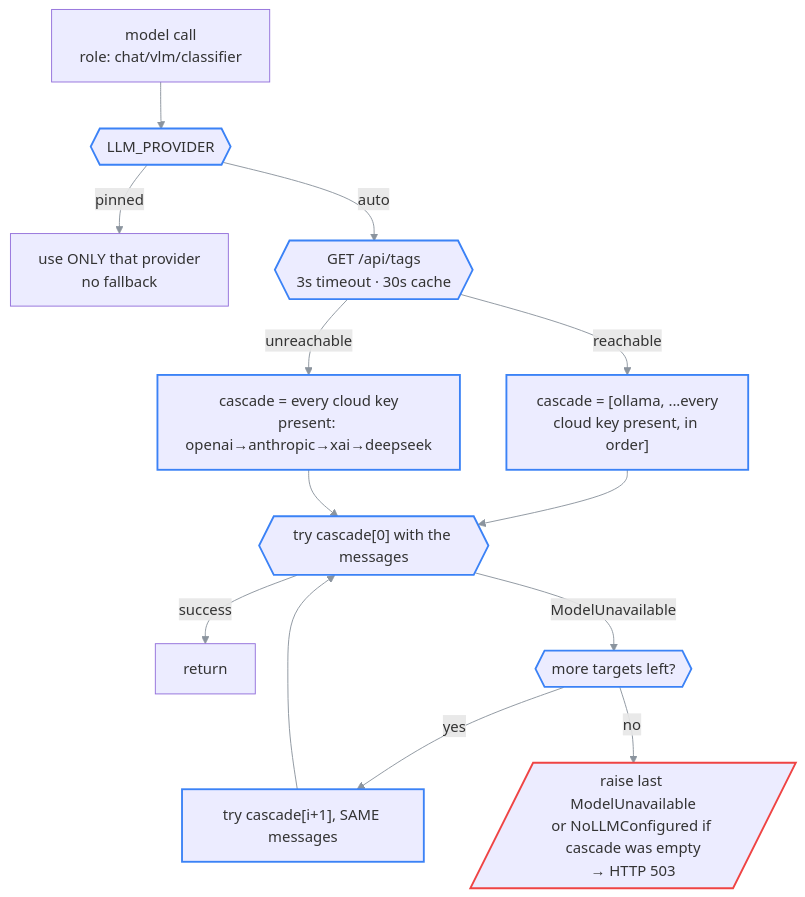
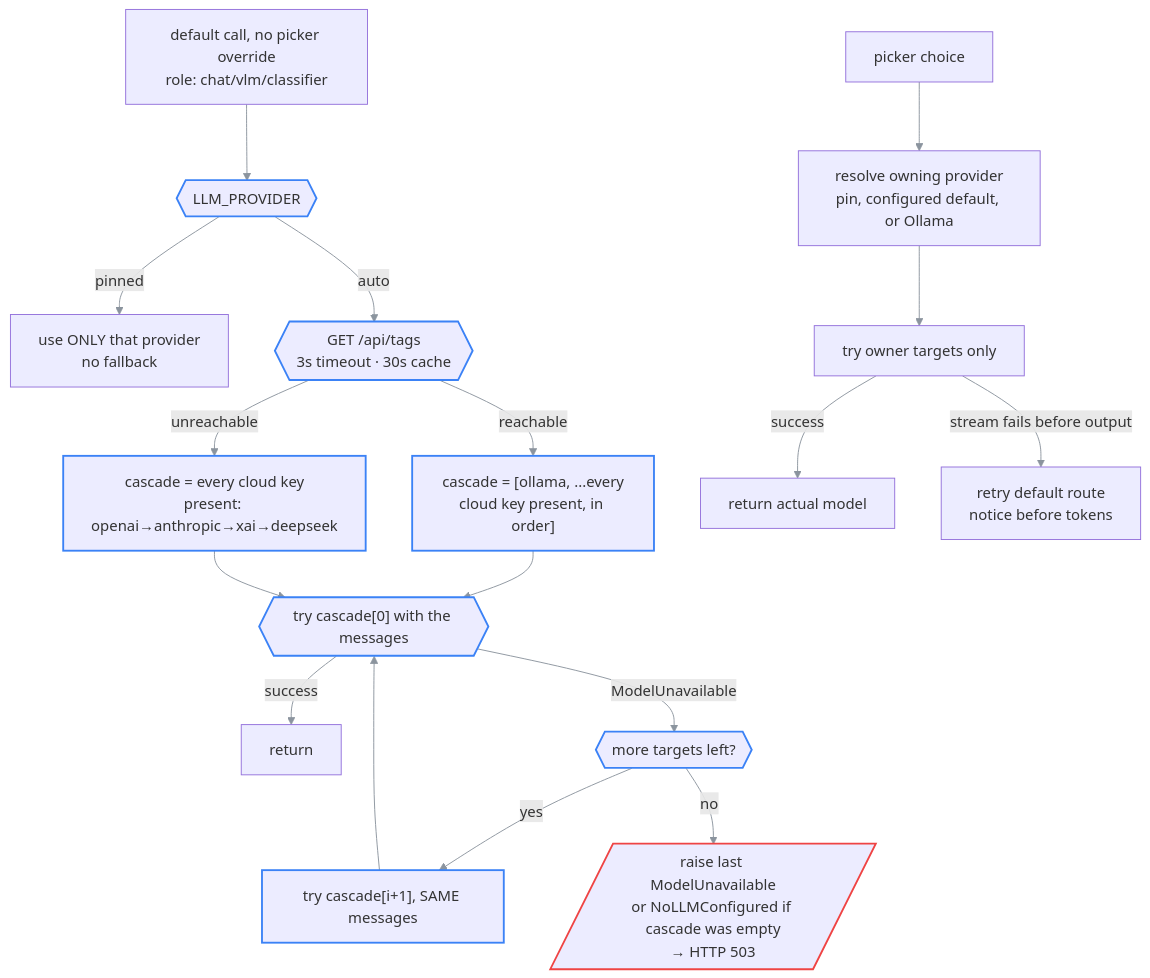
Before and after one commit to Khaled-Saleh-KL1/9XAIPal: the diagram in docs/02-architecture/ai-backend.md, drawn with Mermaid. The commit also changed other lines of this file and 34 other files, not shown here.

First line of the commit message:
fix(models): honest model picker: show Muse, flag plan-locked models, no silent fallback (#207)

````diff
--- a/docs/02-architecture/ai-backend.md
+++ b/docs/02-architecture/ai-backend.md
@@ -103,21 +112,25 @@
 ```mermaid
 %%{init: {'themeVariables': {'fontFamily': 'ui-monospace, SFMono-Regular, Menlo, monospace', 'lineColor': '#8b949e'}}}%%
 flowchart TD
-    C[model call<br/>role: chat/vlm/classifier] --> P{{LLM_PROVIDER}}
+    C[default call, no picker override<br/>role: chat/vlm/classifier] --> P{{LLM_PROVIDER}}
     P -->|pinned| USE[use ONLY that provider<br/>no fallback]
     P -->|auto| PROBE{{"GET /api/tags<br/>3s timeout · 30s cache"}}
     PROBE -->|reachable| CASC["cascade = [ollama, ...every<br/>cloud key present, in order]"]
     PROBE -->|unreachable| CASC2["cascade = every cloud key<br/>present: openai→anthropic→xai→deepseek"]
     CASC --> TRY{{"try cascade[0] with the messages"}}
     CASC2 --> TRY
     TRY -->|success| DONE[return]
     TRY -->|ModelUnavailable| NEXT{{"more targets left?"}}
     NEXT -->|yes| TRY2["try cascade[i+1], SAME messages"]
     TRY2 --> TRY
     NEXT -->|no| ERR[/raise last ModelUnavailable<br/>or NoLLMConfigured if cascade was empty<br/>→ HTTP 503/]
+    X[picker choice] --> OWNER[resolve owning provider<br/>pin, configured default, or Ollama]
+    OWNER --> ONLY[try owner targets only]
+    ONLY -->|success| PICK_DONE[return actual model]
+    ONLY -->|stream fails before output| RETRY[retry default route<br/>notice before tokens]
 
     classDef owned stroke:#3b82f6,stroke-width:2px
     classDef bad stroke:#ef4444,stroke-width:2px
     class P,PROBE,CASC,CASC2,TRY,NEXT,TRY2 owned
     class ERR bad
 ```
````
